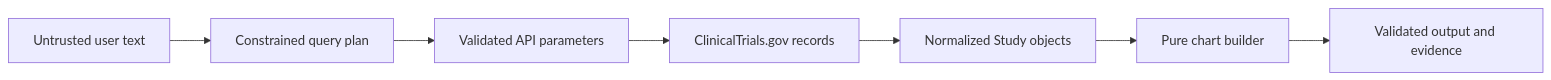
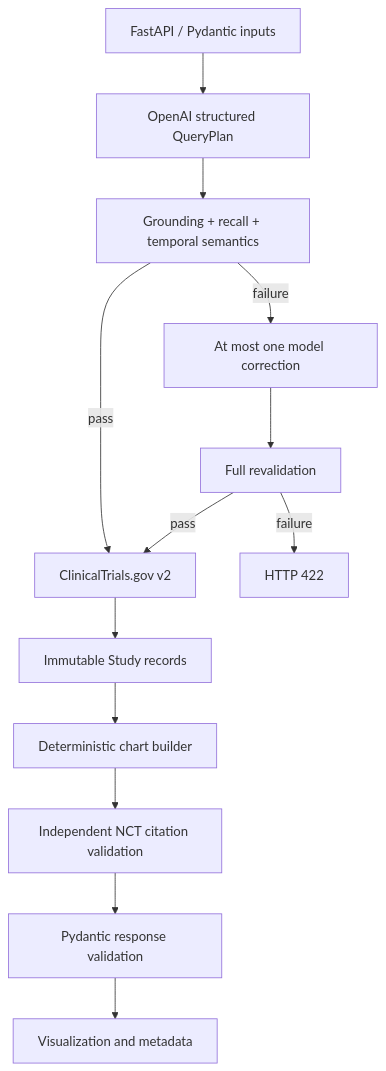
One commit to rafigmammadov/clinical-trials-ai-agent changed the diagram in docs/architecture.md. Above: the diagram before and after it, drawn with Mermaid. The commit also changed other lines of this file and 16 other files, not shown here.

````diff
--- a/docs/architecture.md
+++ b/docs/architecture.md
@@ -13,9 +5,15 @@
 ```mermaid
-flowchart LR
-    U[Untrusted user text] --> P[Constrained query plan]
-    P --> Q[Validated API parameters]
-    Q --> R[ClinicalTrials.gov records]
-    R --> N[Normalized Study objects]
-    N --> C[Pure chart builder]
-    C --> O[Validated output and evidence]
+flowchart TD
+    API[FastAPI / Pydantic inputs] --> Planner[OpenAI structured QueryPlan]
+    Planner --> Validator[Grounding + recall + temporal semantics]
+    Validator -->|failure| Repair[At most one model correction]
+    Repair --> Validator2[Full revalidation]
+    Validator -->|pass| Client[ClinicalTrials.gov v2]
+    Validator2 -->|pass| Client
+    Validator2 -->|failure| Reject[HTTP 422]
+    Client --> Normalizer[Immutable Study records]
+    Normalizer --> Builder[Deterministic chart builder]
+    Builder --> Audit[Independent NCT citation validation]
+    Audit --> Schema[Pydantic response validation]
+    Schema --> JSON[Visualization and metadata]
 ```
````
